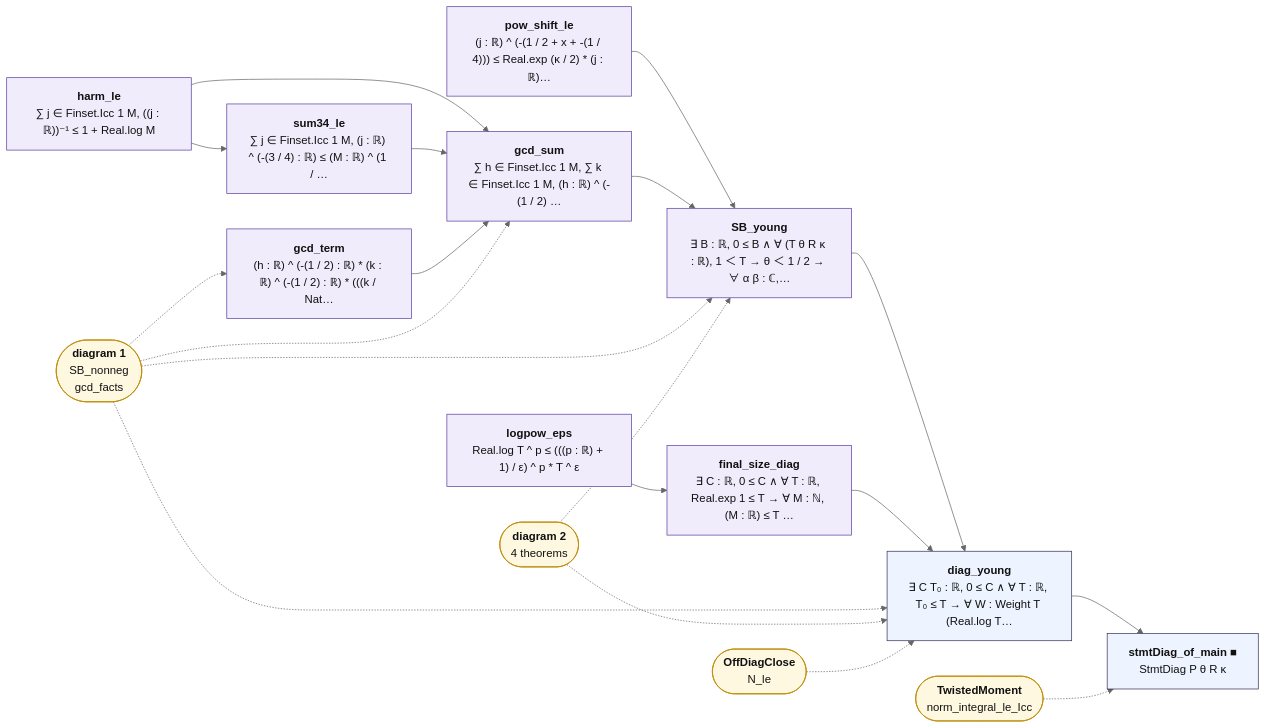
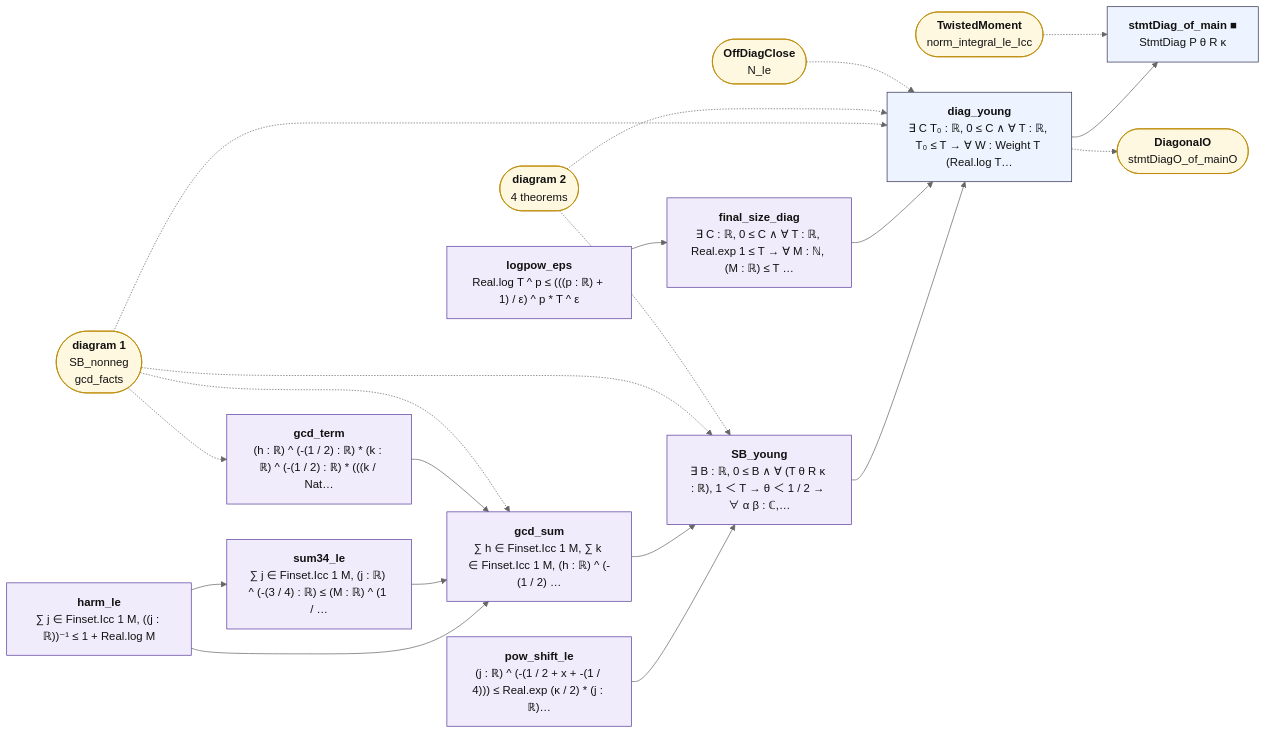
Before and after one commit to juliansambranojr/Primebeat_081426: the diagram in map/lean_stage3/Diagonal.3.mmd, drawn with Mermaid (neutral theme). The commit also changed 21 other files, not shown here.

```diff
--- a/map/lean_stage3/Diagonal.3.mmd
+++ b/map/lean_stage3/Diagonal.3.mmd
@@ -1,41 +1,43 @@
 flowchart LR
   n0["<b>pow_shift_le</b><br/>(j : ℝ) ^ (-(1 / 2 + x + -(1 / 4))) ≤ Real.exp (κ / 2) * (j : ℝ)…"]:::shp
   n1["<b>harm_le</b><br/>∑ j ∈ Finset.Icc 1 M, ((j : ℝ))⁻¹ ≤ 1 + Real.log M"]:::shp
   n2["<b>sum34_le</b><br/>∑ j ∈ Finset.Icc 1 M, (j : ℝ) ^ (-(3 / 4) : ℝ) ≤ (M : ℝ) ^ (1 / …"]:::shp
   n3["<b>gcd_term</b><br/>(h : ℝ) ^ (-(1 / 2) : ℝ) * (k : ℝ) ^ (-(1 / 2) : ℝ) * (((k / Nat…"]:::shp
   n4["<b>gcd_sum</b><br/>∑ h ∈ Finset.Icc 1 M, ∑ k ∈ Finset.Icc 1 M, (h : ℝ) ^ (-(1 / 2) …"]:::shp
   n5["<b>SB_young</b><br/>∃ B : ℝ, 0 ≤ B ∧ ∀ (T θ R κ : ℝ), 1 ＜ T → θ ＜ 1 / 2 → ∀ α β : ℂ,…"]:::shp
   n6["<b>logpow_eps</b><br/>Real.log T ^ p ≤ (((p : ℝ) + 1) / ε) ^ p * T ^ ε"]:::shp
   n7["<b>final_size_diag</b><br/>∃ C : ℝ, 0 ≤ C ∧ ∀ T : ℝ, Real.exp 1 ≤ T → ∀ M : ℕ, (M : ℝ) ≤ T …"]:::shp
   n8["<b>diag_young</b><br/>∃ C T₀ : ℝ, 0 ≤ C ∧ ∀ T : ℝ, T₀ ≤ T → ∀ W : Weight T (Real.log T…"]:::thm
   n9["<b>stmtDiag_of_main ■</b><br/>StmtDiag P θ R κ"]:::thm
   x0(["<b>diagram 1</b><br/>SB_nonneg<br/>gcd_facts"]):::ext
   x1(["<b>diagram 2</b><br/>4 theorems"]):::ext
   x2(["<b>OffDiagClose</b><br/>N_le"]):::ext
-  x3(["<b>TwistedMoment</b><br/>norm_integral_le_Icc"]):::ext
+  x3(["<b>DiagonalO</b><br/>stmtDiagO_of_mainO"]):::ext
+  x4(["<b>TwistedMoment</b><br/>norm_integral_le_Icc"]):::ext
   n0 --> n5
   n1 --> n2
   n1 --> n4
   n2 --> n4
   n3 --> n4
   n4 --> n5
   n5 --> n8
   n6 --> n7
   n7 --> n8
   n8 --> n9
+  n8 -.-> x3
   x0 -.-> n3
   x0 -.-> n4
   x0 -.-> n5
   x0 -.-> n8
   x1 -.-> n5
   x1 -.-> n8
   x2 -.-> n8
-  x3 -.-> n9
+  x4 -.-> n9
   classDef cnt fill:#dff5ec,stroke:#17694a,color:#111
   classDef shp fill:#f1ecfb,stroke:#5b3fa0,color:#111
   classDef rh fill:#ffe5e5,stroke:#c22,color:#111,stroke-width:2px
   classDef thm fill:#eef4ff,stroke:#335,color:#111
   classDef end_ fill:#e7f7e7,stroke:#2a7,color:#111,stroke-width:2px
   classDef lone fill:#fff,stroke:#999,color:#111,stroke-dasharray:4 3
   classDef bad fill:#ffe5e5,stroke:#c22,color:#111,stroke-width:2px
   classDef ext fill:#fff8e1,stroke:#b80,color:#111
```
